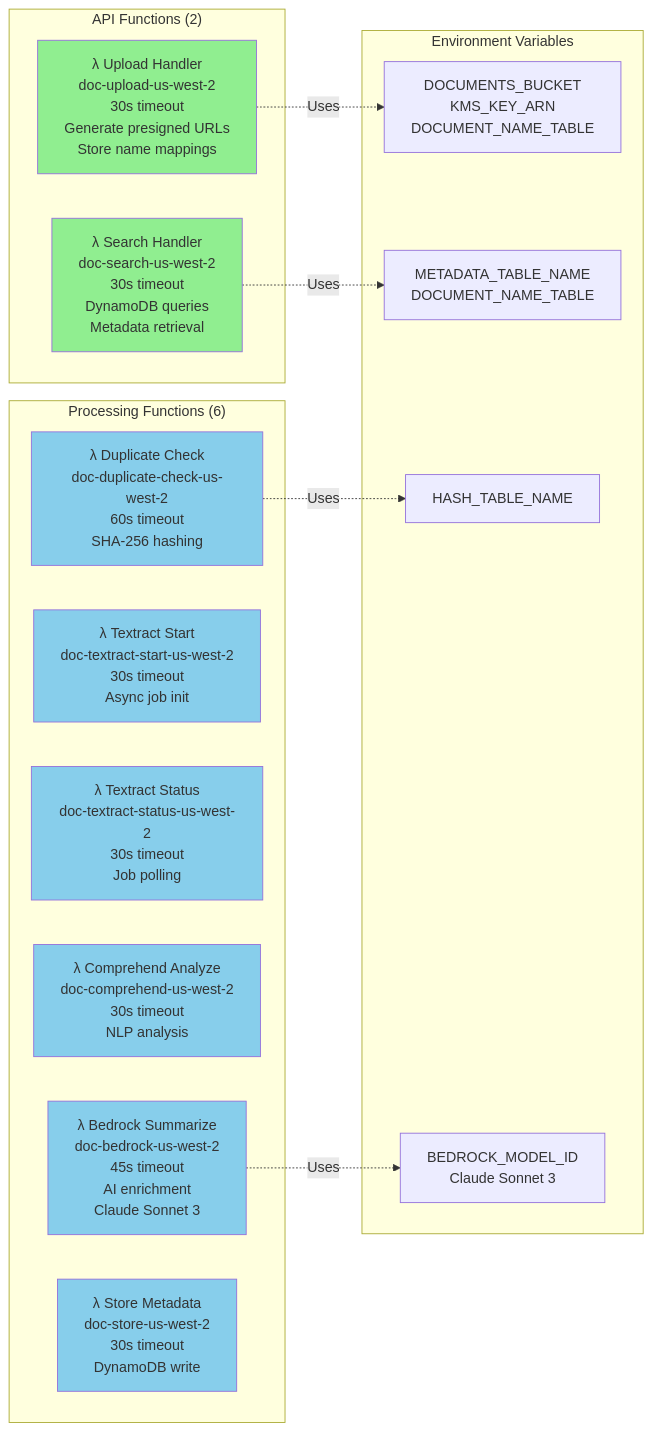
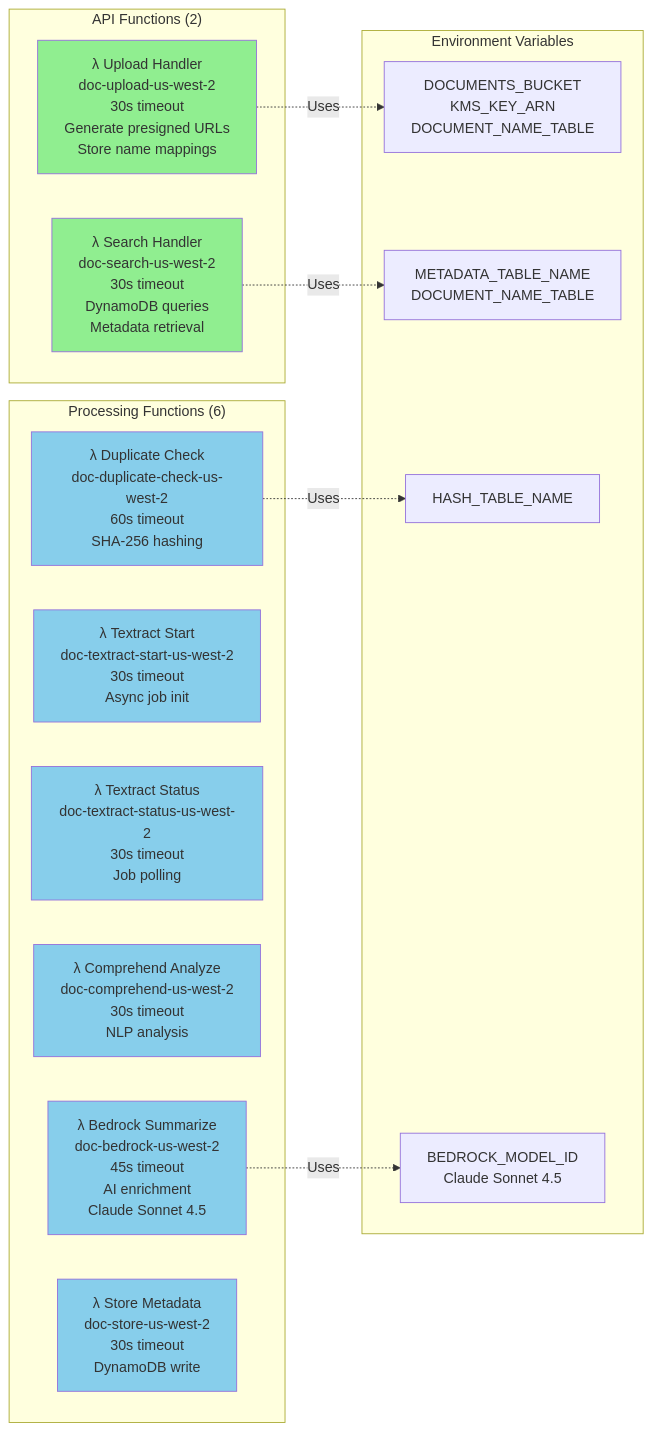
One commit to annabook21/IntelligentDoc_Processor changed the second of 13 diagrams in ARCHITECTURE.md. Above: the diagram before and after it, drawn with Mermaid. The commit also changed other lines of this file and 3 other files, not shown here.

First line of the commit message:
Fix: Correct Bedrock model to Claude Sonnet 4.5 (not Claude 3)

````diff
--- a/ARCHITECTURE.md
+++ b/ARCHITECTURE.md
@@ -219,37 +219,37 @@
 ```mermaid
 graph LR
     subgraph "API Functions (2)"
         Upload[λ Upload Handler<br/>doc-upload-us-west-2<br/>30s timeout<br/>Generate presigned URLs<br/>Store name mappings]
         Search[λ Search Handler<br/>doc-search-us-west-2<br/>30s timeout<br/>DynamoDB queries<br/>Metadata retrieval]
     end
 
     subgraph "Processing Functions (6)"
         DupCheck[λ Duplicate Check<br/>doc-duplicate-check-us-west-2<br/>60s timeout<br/>SHA-256 hashing]
         TextStart[λ Textract Start<br/>doc-textract-start-us-west-2<br/>30s timeout<br/>Async job init]
         TextStatus[λ Textract Status<br/>doc-textract-status-us-west-2<br/>30s timeout<br/>Job polling]
         Comp[λ Comprehend Analyze<br/>doc-comprehend-us-west-2<br/>30s timeout<br/>NLP analysis]
-        BR[λ Bedrock Summarize<br/>doc-bedrock-us-west-2<br/>45s timeout<br/>AI enrichment<br/>Claude Sonnet 3]
+        BR[λ Bedrock Summarize<br/>doc-bedrock-us-west-2<br/>45s timeout<br/>AI enrichment<br/>Claude Sonnet 4.5]
         Store[λ Store Metadata<br/>doc-store-us-west-2<br/>30s timeout<br/>DynamoDB write]
     end
 
     subgraph "Environment Variables"
         ENV1[DOCUMENTS_BUCKET<br/>KMS_KEY_ARN<br/>DOCUMENT_NAME_TABLE]
         ENV2[METADATA_TABLE_NAME<br/>DOCUMENT_NAME_TABLE]
         ENV3[HASH_TABLE_NAME]
-        ENV4[BEDROCK_MODEL_ID<br/>Claude Sonnet 3]
+        ENV4[BEDROCK_MODEL_ID<br/>Claude Sonnet 4.5]
     end
 
     Upload -.->|Uses| ENV1
     Search -.->|Uses| ENV2
     DupCheck -.->|Uses| ENV3
     BR -.->|Uses| ENV4
 
     style Upload fill:#90EE90
     style Search fill:#90EE90
     style DupCheck fill:#87CEEB
     style TextStart fill:#87CEEB
     style TextStatus fill:#87CEEB
     style Comp fill:#87CEEB
     style BR fill:#87CEEB
     style Store fill:#87CEEB
 ```
````
